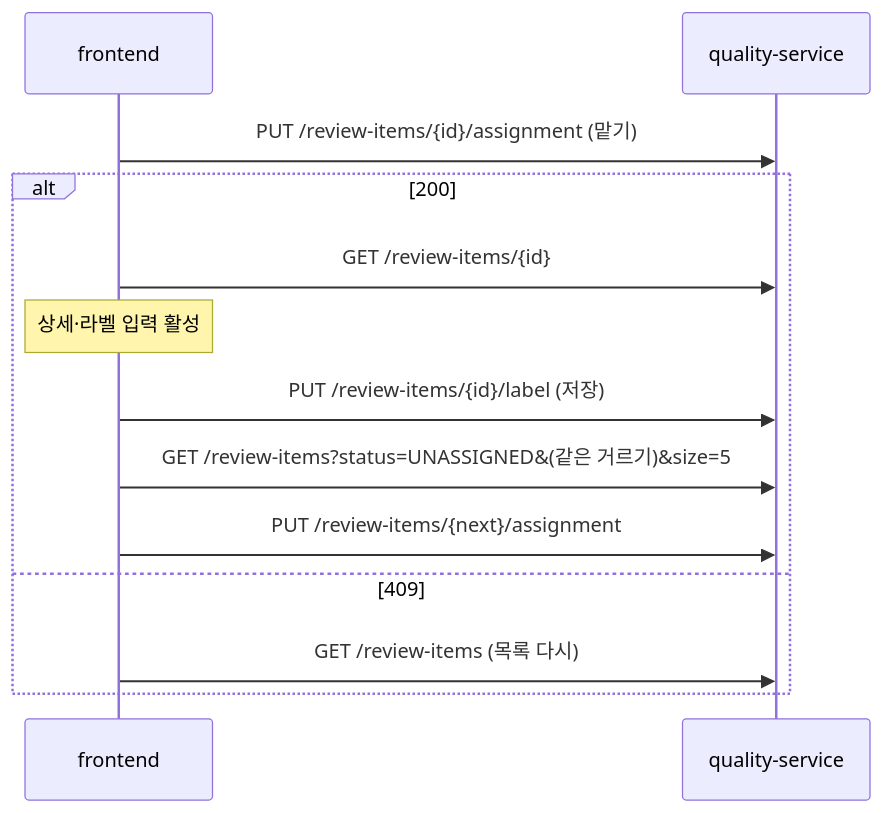
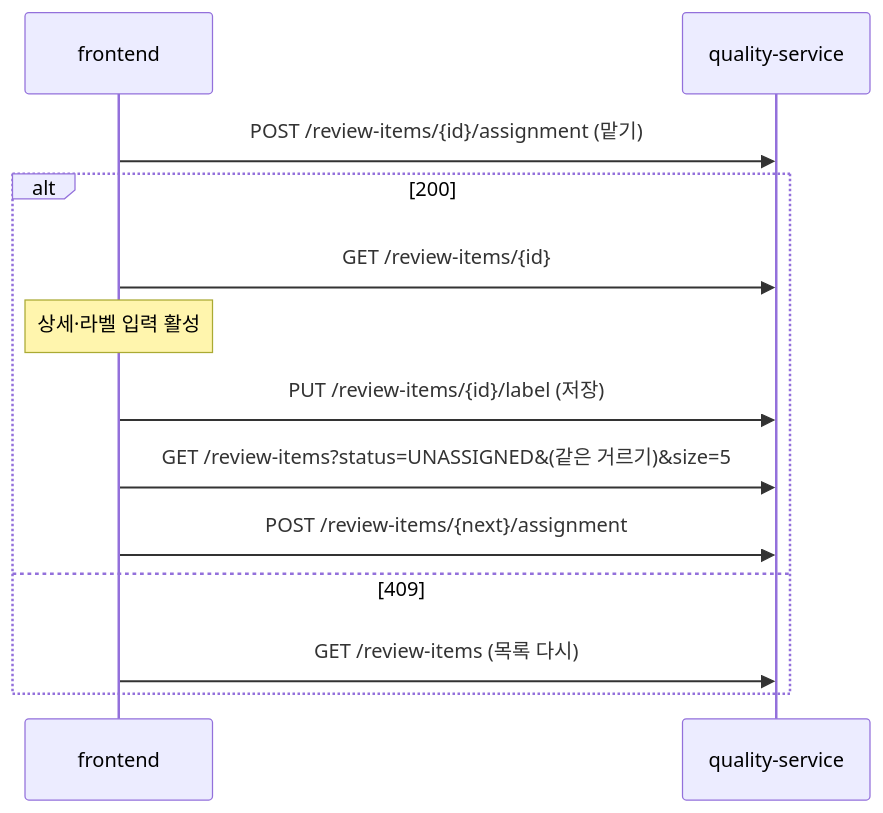
One commit to p5-3-final/frontend changed the diagram in specs/SPEC-035-frontend-quality/plan.md. Above: the diagram before and after it, drawn with Mermaid. The commit also changed other lines of this file and 100 other files, not shown here.

````diff
--- a/specs/SPEC-035-frontend-quality/plan.md
+++ b/specs/SPEC-035-frontend-quality/plan.md
@@ -115,15 +117,15 @@
 ```mermaid
 sequenceDiagram
   participant F as frontend
   participant Q as quality-service
-  F->>Q: PUT /review-items/{id}/assignment (맡기)
+  F->>Q: POST /review-items/{id}/assignment (맡기)
   alt 200
     F->>Q: GET /review-items/{id}
     Note over F: 상세·라벨 입력 활성
     F->>Q: PUT /review-items/{id}/label (저장)
     F->>Q: GET /review-items?status=UNASSIGNED&(같은 거르기)&size=5
-    F->>Q: PUT /review-items/{next}/assignment
+    F->>Q: POST /review-items/{next}/assignment
   else 409
     F->>Q: GET /review-items (목록 다시)
   end
 ```
````
